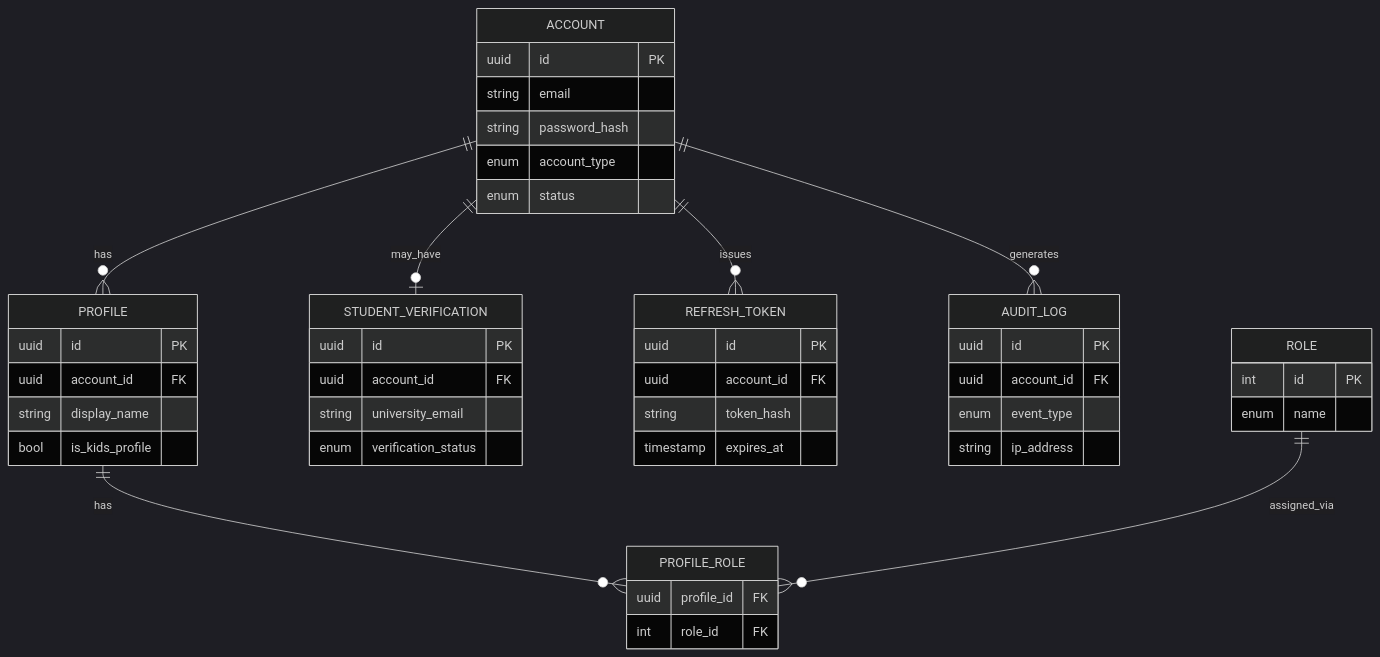
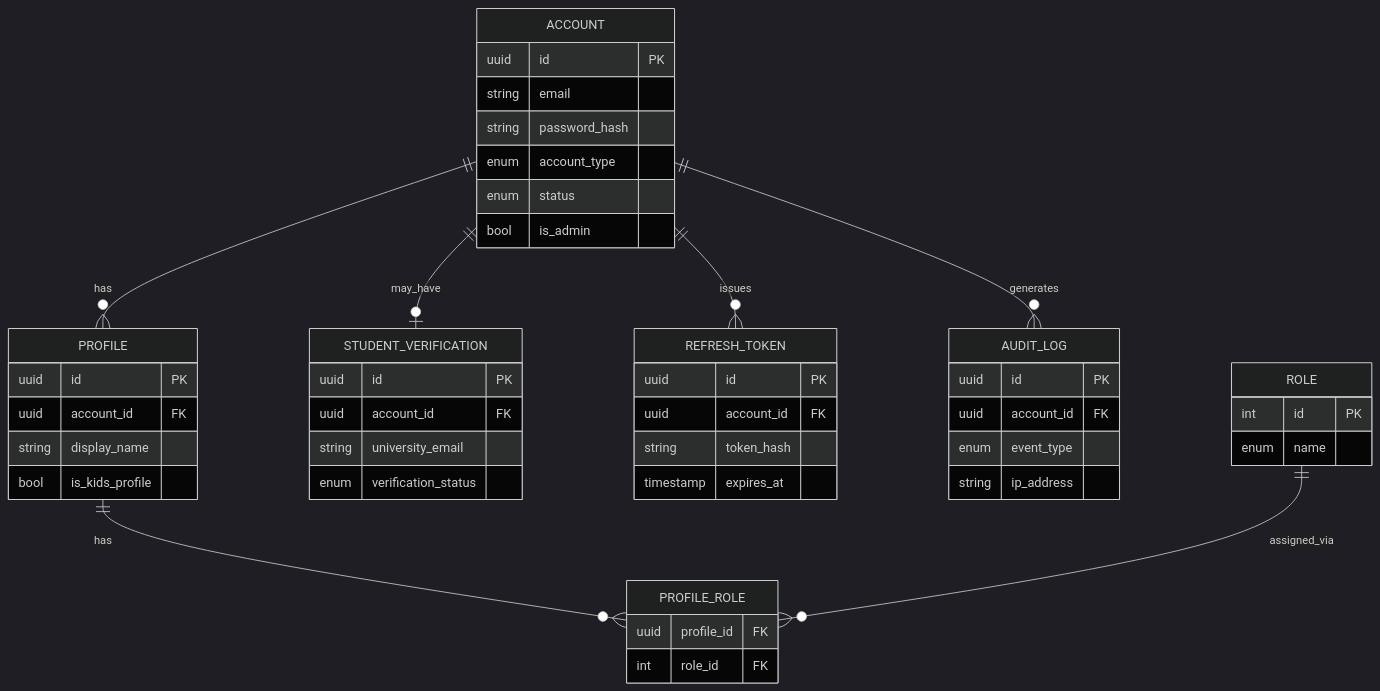
The diagram in docs/01-identity.md (djiredjibril/streaming-platform), drawn with Mermaid (dark theme) before and after one commit. The commit also changed other lines of this file and 2 other files, not shown here.

First line of the commit message:
docs(identity): document the minimal admin role

````diff
--- a/docs/01-identity.md
+++ b/docs/01-identity.md
@@ -102,49 +104,50 @@
 ```mermaid
 erDiagram
     ACCOUNT ||--o{ PROFILE : has
     ACCOUNT ||--o| STUDENT_VERIFICATION : may_have
     ACCOUNT ||--o{ REFRESH_TOKEN : issues
     ACCOUNT ||--o{ AUDIT_LOG : generates
     PROFILE ||--o{ PROFILE_ROLE : has
     ROLE ||--o{ PROFILE_ROLE : assigned_via
 
     ACCOUNT {
         uuid id PK
         string email
         string password_hash
         enum account_type
         enum status
+        bool is_admin
     }
     STUDENT_VERIFICATION {
         uuid id PK
         uuid account_id FK
         string university_email
         enum verification_status
     }
     PROFILE {
         uuid id PK
         uuid account_id FK
         string display_name
         bool is_kids_profile
     }
     ROLE {
         int id PK
         enum name
     }
     PROFILE_ROLE {
         uuid profile_id FK
         int role_id FK
     }
     REFRESH_TOKEN {
         uuid id PK
         uuid account_id FK
         string token_hash
         timestamp expires_at
     }
     AUDIT_LOG {
         uuid id PK
         uuid account_id FK
         enum event_type
         string ip_address
     }
 ```
````
